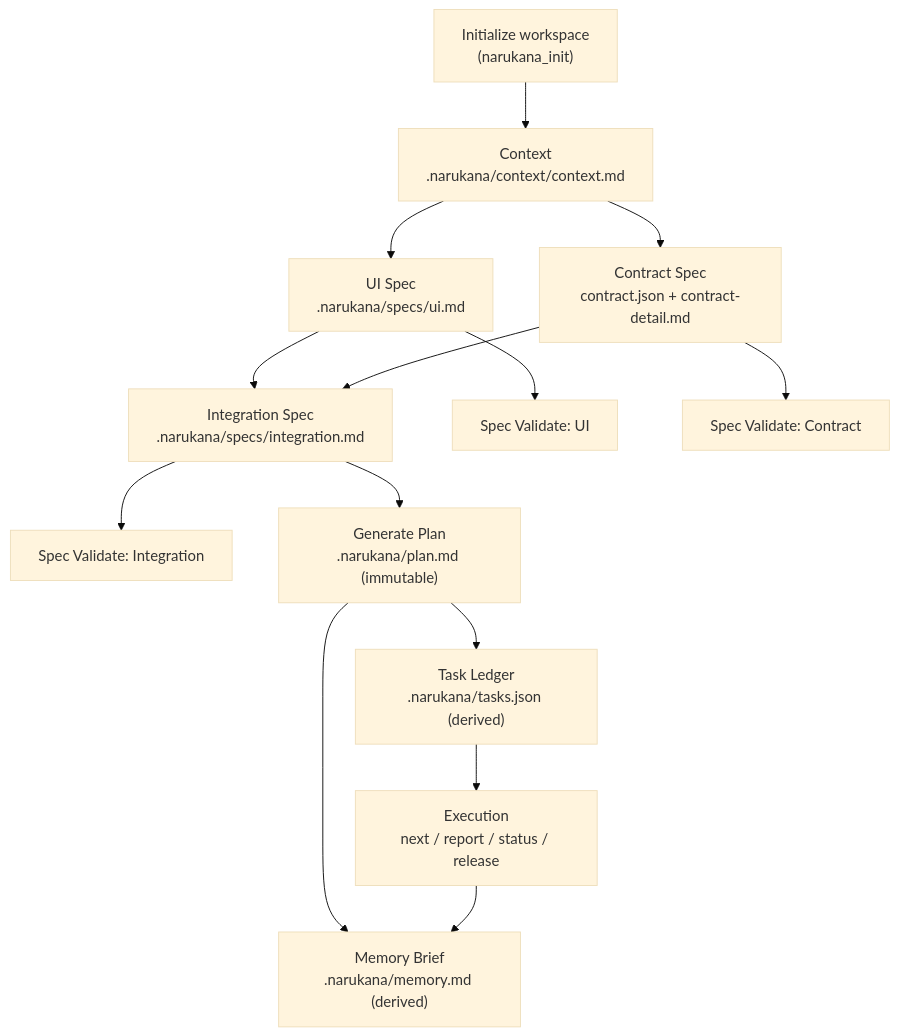
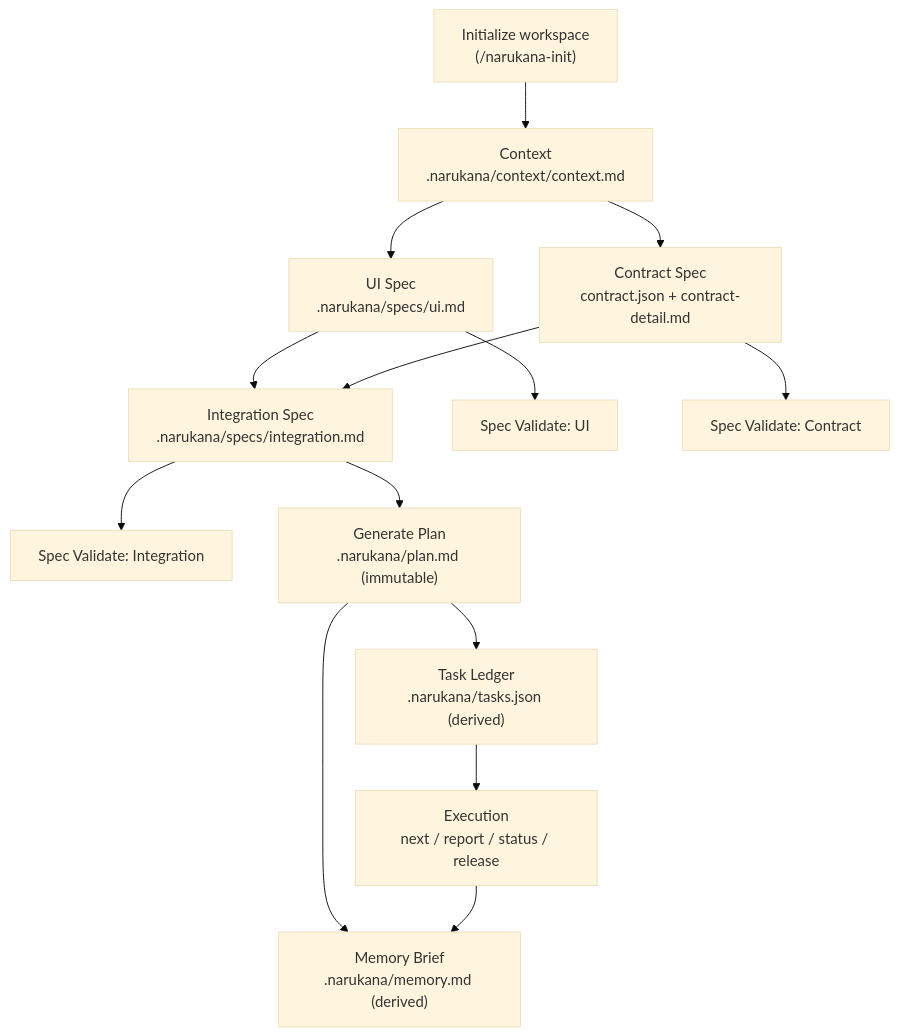
The diagram in README.md (Rezacrown/Narukana), drawn with Mermaid (base theme) before and after one commit. The commit also changed other lines of this file and 31 other files, not shown here.

````diff
--- a/README.md
+++ b/README.md
@@ -36,18 +36,18 @@
 ```mermaid
 flowchart TD
-  A["Initialize workspace\n(narukana_init)"] --> B["Context\n.narukana/context/context.md"]
+  A["Initialize workspace\n(/narukana-init)"] --> B["Context\n.narukana/context/context.md"]
   B --> C["UI Spec\n.narukana/specs/ui.md"]
   B --> D["Contract Spec\ncontract.json + contract-detail.md"]
   C --> E["Integration Spec\n.narukana/specs/integration.md"]
   D --> E
 
   C --> V1["Spec Validate: UI"]
   D --> V2["Spec Validate: Contract"]
   E --> V3["Spec Validate: Integration"]
 
   E --> P["Generate Plan\n.narukana/plan.md (immutable)"]
   P --> T["Task Ledger\n.narukana/tasks.json (derived)"]
   P --> M["Memory Brief\n.narukana/memory.md (derived)"]
   T --> X["Execution\nnext / report / status / release"]
   X --> M
 ```
````
